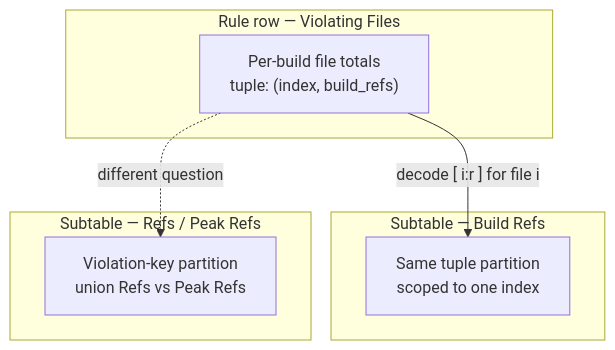
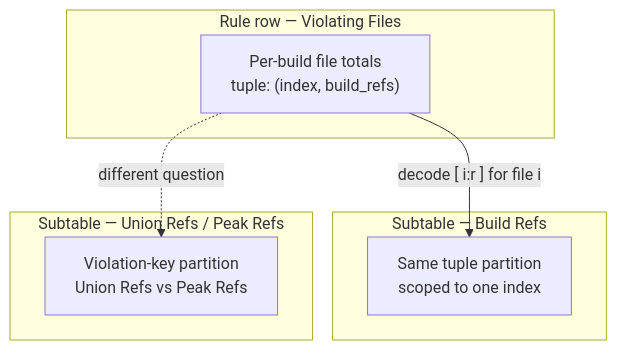
Before and after one commit to ja11sop/cuppa: the diagram in docs/modules/ROOT/pages/cxx-profiles/report-by-rule.adoc, drawn with Mermaid. The commit also changed other lines of this file and 18 other files, not shown here.

First line of the commit message:
Rename Profiles report Refs column to Union Refs.

```diff
--- a/docs/modules/ROOT/pages/cxx-profiles/report-by-rule.adoc
+++ b/docs/modules/ROOT/pages/cxx-profiles/report-by-rule.adoc
@@ -91,15 +91,15 @@
 [mermaid]
 ----
 flowchart TB
   subgraph parent["Rule row — Violating Files"]
     VF["Per-build file totals<br/>tuple: (index, build_refs)"]
   end
   subgraph subbuild["Subtable — Build Refs"]
     TR["Same tuple partition<br/>scoped to one index"]
   end
-  subgraph subrefs["Subtable — Refs / Peak Refs"]
-    RF["Violation-key partition<br/>union Refs vs Peak Refs"]
+  subgraph subrefs["Subtable — Union Refs / Peak Refs"]
+    RF["Violation-key partition<br/>Union Refs vs Peak Refs"]
   end
   VF -->|"decode [ i:r ] for file i"| TR
   VF -.->|"different question"| RF
 ----
```
